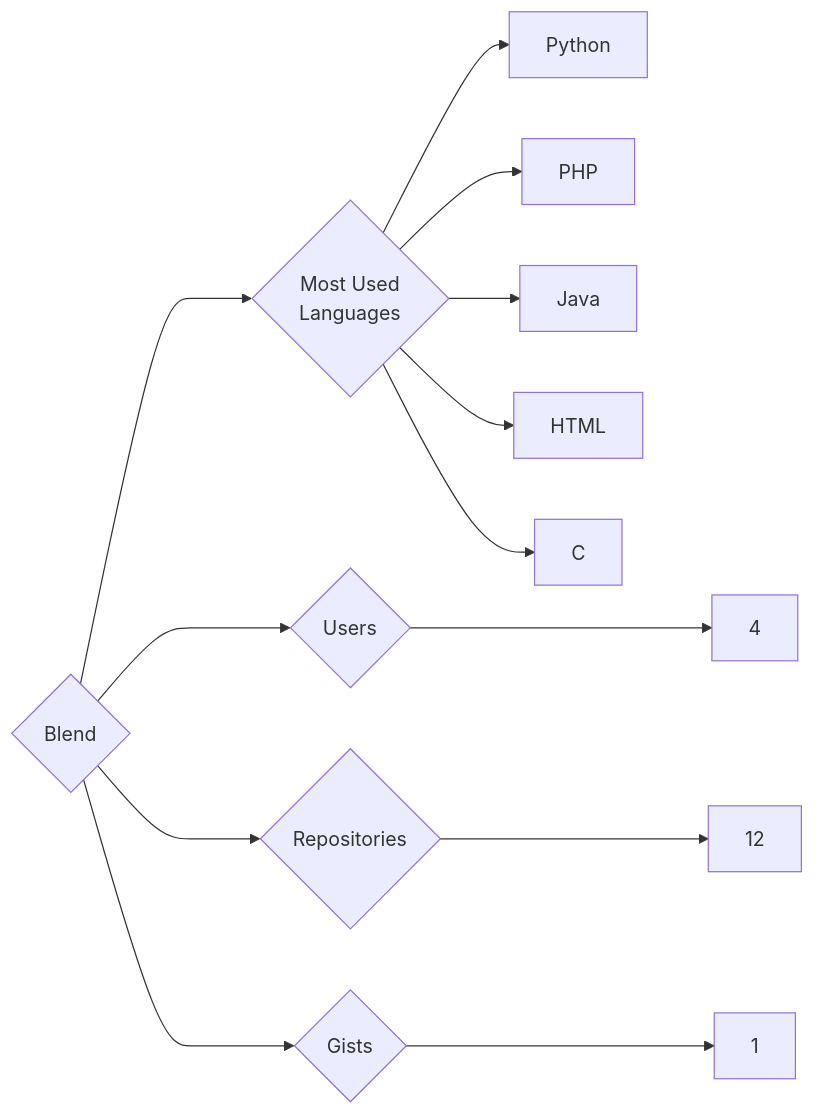
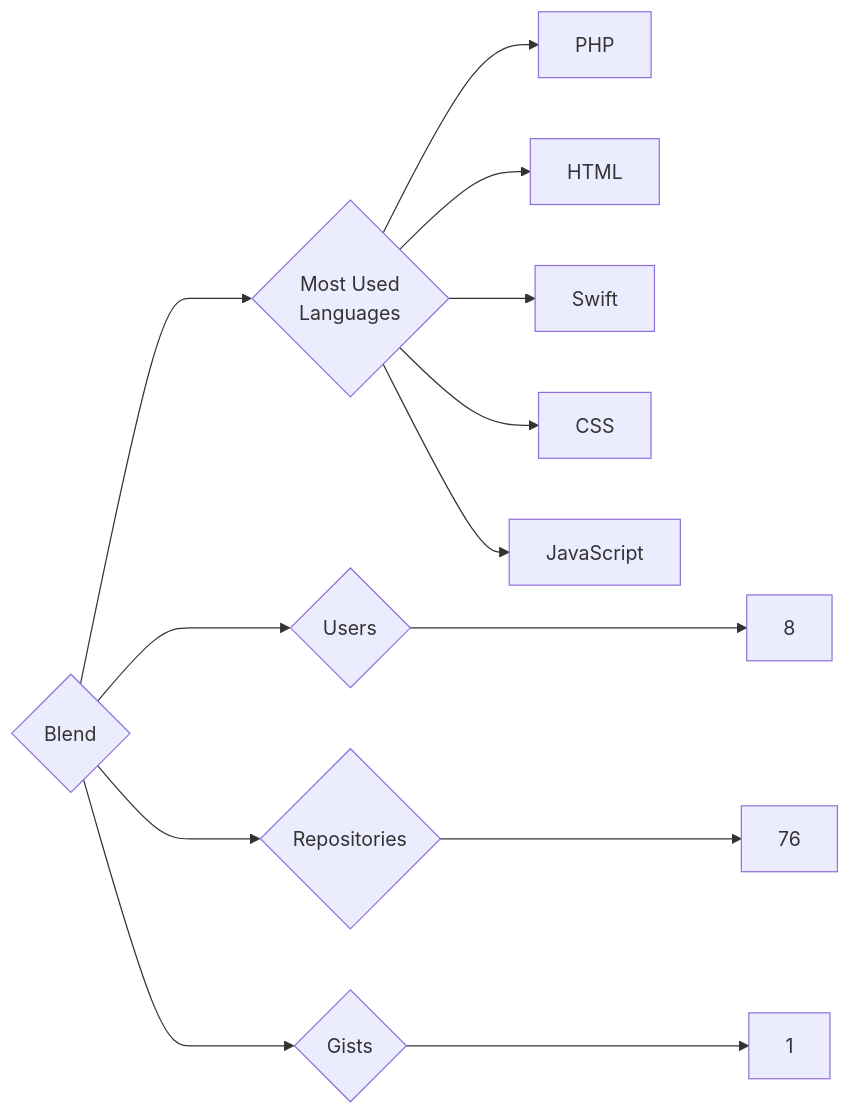
Before and after one commit to trickest/insiders: the diagram in targets/Blend/README.md, drawn with Mermaid. The commit also changed 965 other files, not shown here.

````diff
--- a/targets/Blend/README.md
+++ b/targets/Blend/README.md
@@ -3,13 +3,13 @@
 ```mermaid
 graph LR
 COMPANY_NAME{Blend}
-COMPANY_NAME ---> U{Users} ---> UN[4]
-COMPANY_NAME ---> R{Repositories} ---> RN[12]
+COMPANY_NAME ---> U{Users} ---> UN[8]
+COMPANY_NAME ---> R{Repositories} ---> RN[76]
 COMPANY_NAME ---> G{Gists} ---> GN[1]
 COMPANY_NAME ---> ML{Most Used<br>Languages}
-ML --> Python[Python]
 ML --> PHP[PHP]
-ML --> Java[Java]
 ML --> HTML[HTML]
-ML --> C[C]
+ML --> Swift[Swift]
+ML --> CSS[CSS]
+ML --> JavaScript[JavaScript]
 ```
````
